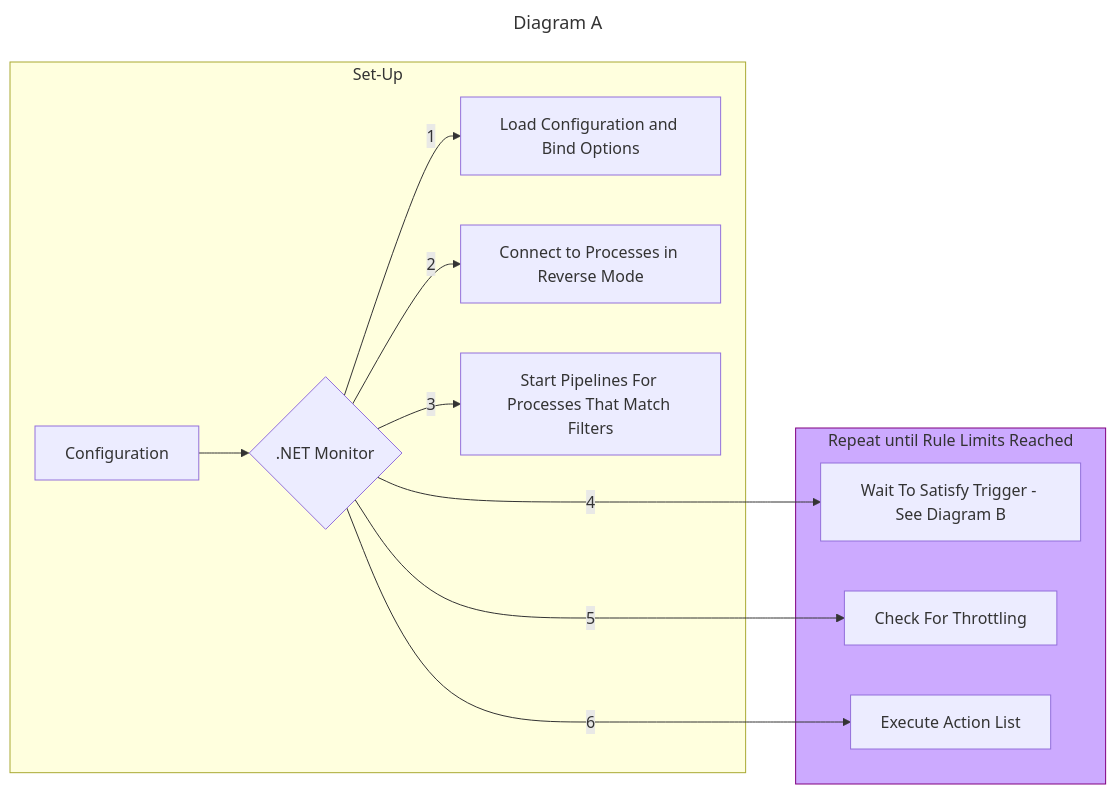
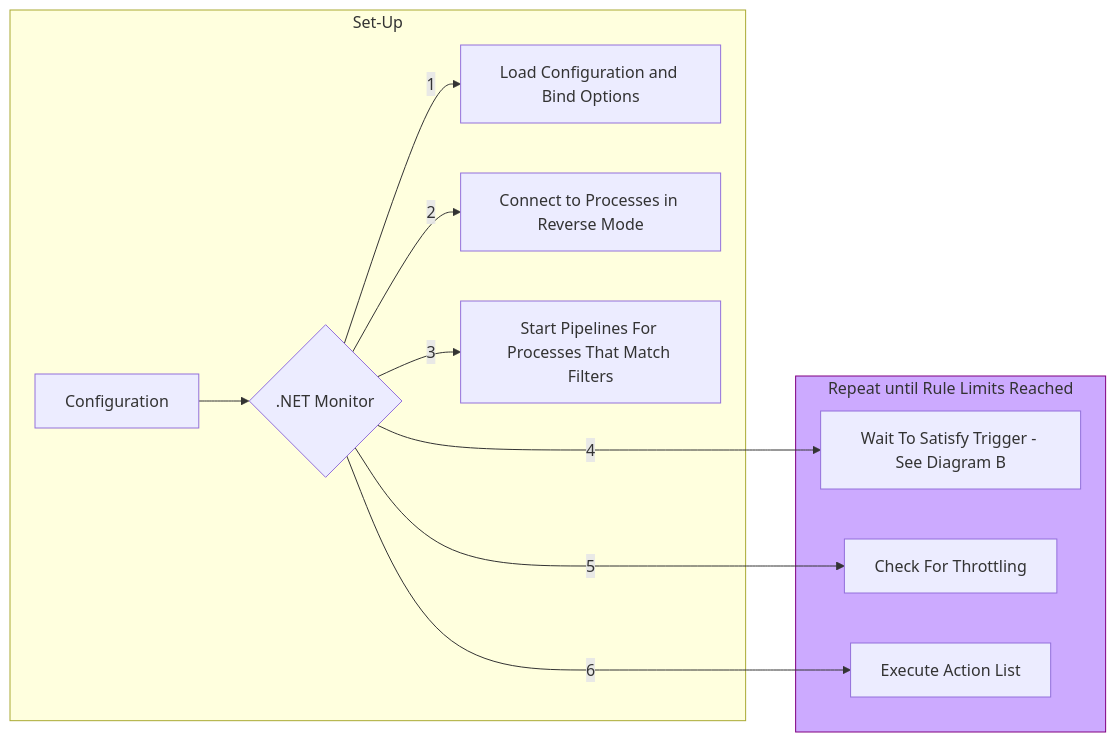
One commit to dotnet/dotnet-monitor changed the diagram in documentation/learningPath/collectionrules.md. Above: the diagram before and after it, drawn with Mermaid. The commit also changed other lines of this file, not shown here.

````diff
--- a/documentation/learningPath/collectionrules.md
+++ b/documentation/learningPath/collectionrules.md
@@ -37,21 +14,18 @@
 ```mermaid
----
-title: Diagram A
----
 %%{ init: { 'flowchart': { 'curve': 'basis' } } }%%
 graph LR
     classDef altColor fill:#CAF,stroke:purple;
     subgraph ide1 [Set-Up]
     A[Configuration] --> N{.NET Monitor}
     N --> |1| O[Load Configuration and Bind Options]
     N --> |2| P[Connect to Processes in Reverse Mode]    
     N --> |3| Q[Start Pipelines For Processes That Match Filters]
     end
     subgraph ide2 [Repeat until Rule Limits Reached]
     N ---> |4| R[Wait To Satisfy Trigger - See Diagram B]
     N ---> |5| V[Check For Throttling]
     N ---> |6| W[Execute Action List]
     end
     
     class ide2 altColor
 ```
````
